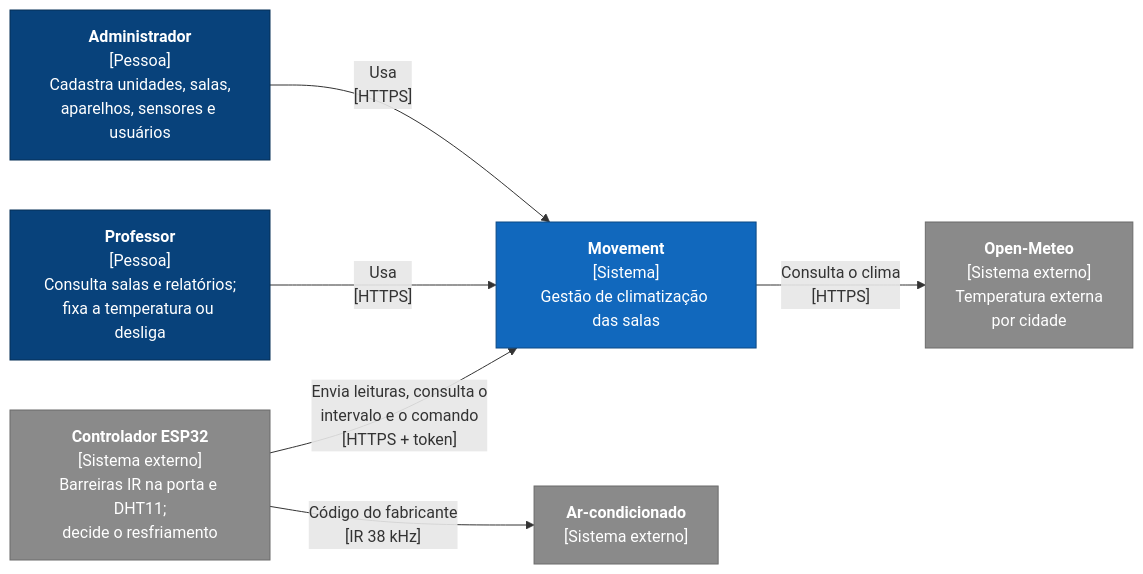
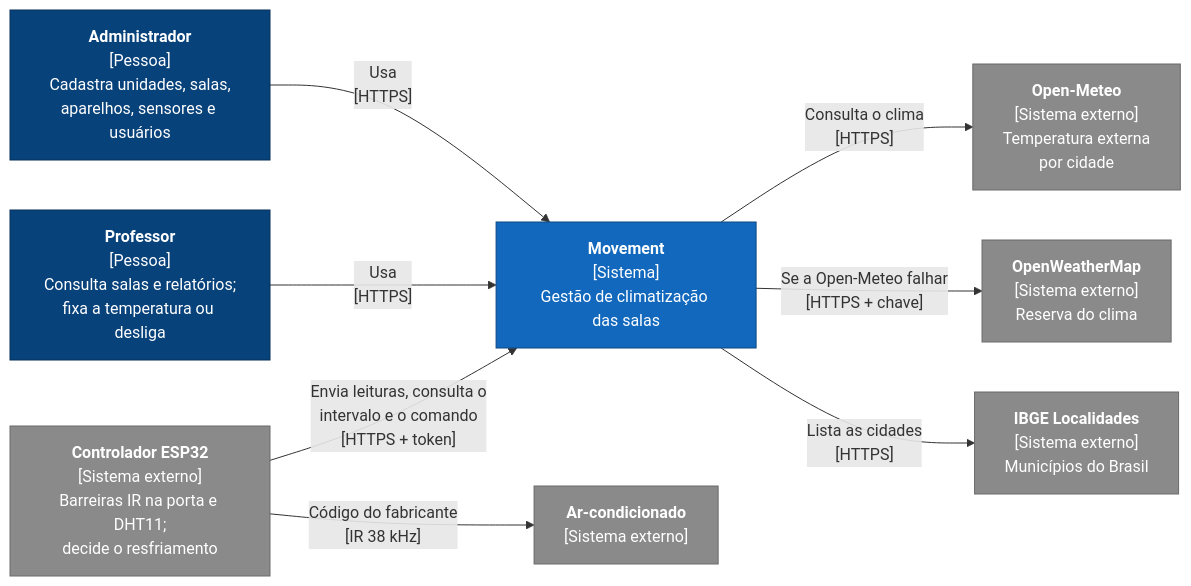
Before and after one commit to expotech2026-2/Projeto-Movement-2.0: the first of 5 diagrams in docs/arquitetura.md, drawn with Mermaid. The commit also changed other lines of this file and 12 other files, not shown here.

First line of the commit message:
feat: OpenWeatherMap como reserva do clima externo

````diff
--- a/docs/arquitetura.md
+++ b/docs/arquitetura.md
@@ -22,20 +22,24 @@
 ```mermaid
 flowchart LR
   admin["<b>Administrador</b><br/>[Pessoa]<br/>Cadastra unidades, salas,<br/>aparelhos, sensores e usuários"]
   prof["<b>Professor</b><br/>[Pessoa]<br/>Consulta salas e relatórios;<br/>fixa a temperatura ou desliga"]
   esp["<b>Controlador ESP32</b><br/>[Sistema externo]<br/>Barreiras IR na porta e DHT11;<br/>decide o resfriamento"]
   movement["<b>Movement</b><br/>[Sistema]<br/>Gestão de climatização das salas"]
   meteo["<b>Open-Meteo</b><br/>[Sistema externo]<br/>Temperatura externa<br/>por cidade"]
+  owm["<b>OpenWeatherMap</b><br/>[Sistema externo]<br/>Reserva do clima"]
+  ibge["<b>IBGE Localidades</b><br/>[Sistema externo]<br/>Municípios do Brasil"]
   ac["<b>Ar-condicionado</b><br/>[Sistema externo]"]
   admin -- "Usa<br/>[HTTPS]" --> movement
   prof -- "Usa<br/>[HTTPS]" --> movement
   esp -- "Envia leituras, consulta o<br/>intervalo e o comando<br/>[HTTPS + token]" --> movement
   movement -- "Consulta o clima<br/>[HTTPS]" --> meteo
+  movement -- "Se a Open-Meteo falhar<br/>[HTTPS + chave]" --> owm
+  movement -- "Lista as cidades<br/>[HTTPS]" --> ibge
   esp -- "Código do fabricante<br/>[IR 38 kHz]" --> ac
   classDef person fill:#08427b,stroke:#052e56,color:#ffffff
   classDef system fill:#1168bd,stroke:#0b4884,color:#ffffff
   classDef external fill:#8a8a8a,stroke:#6b6b6b,color:#ffffff
   class admin,prof person
   class movement system
-  class esp,meteo,ac external
+  class esp,meteo,owm,ibge,ac external
 ```
````
